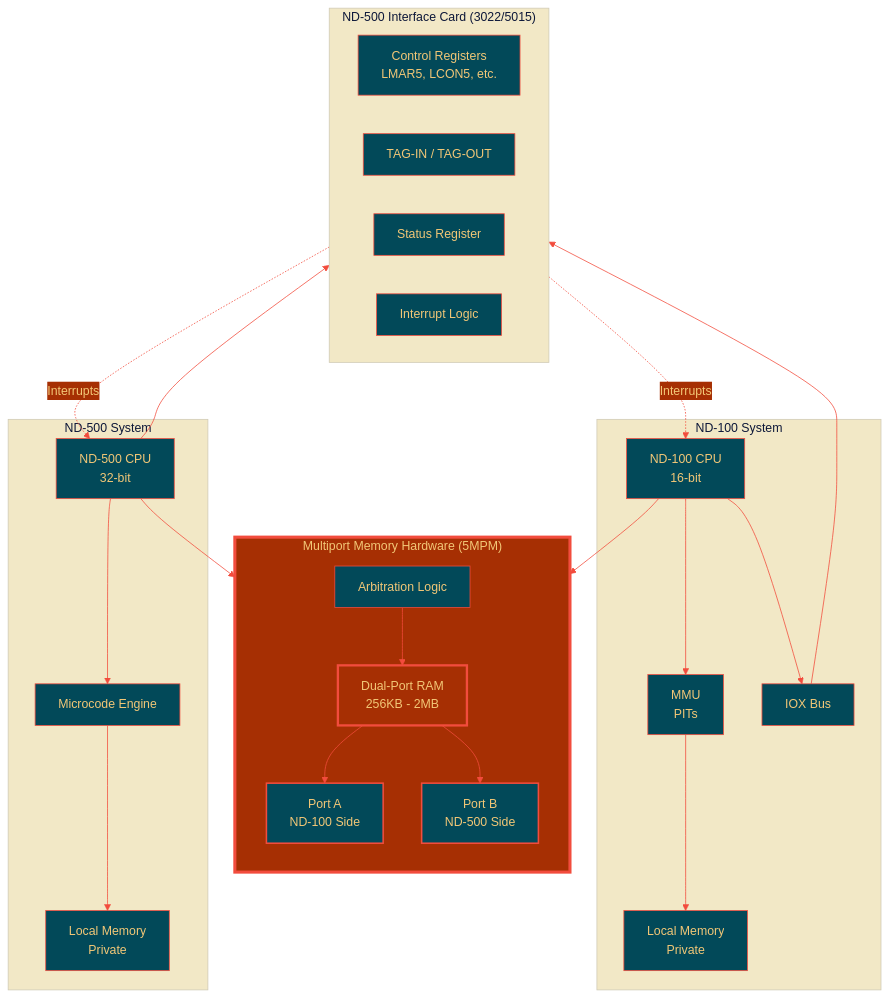
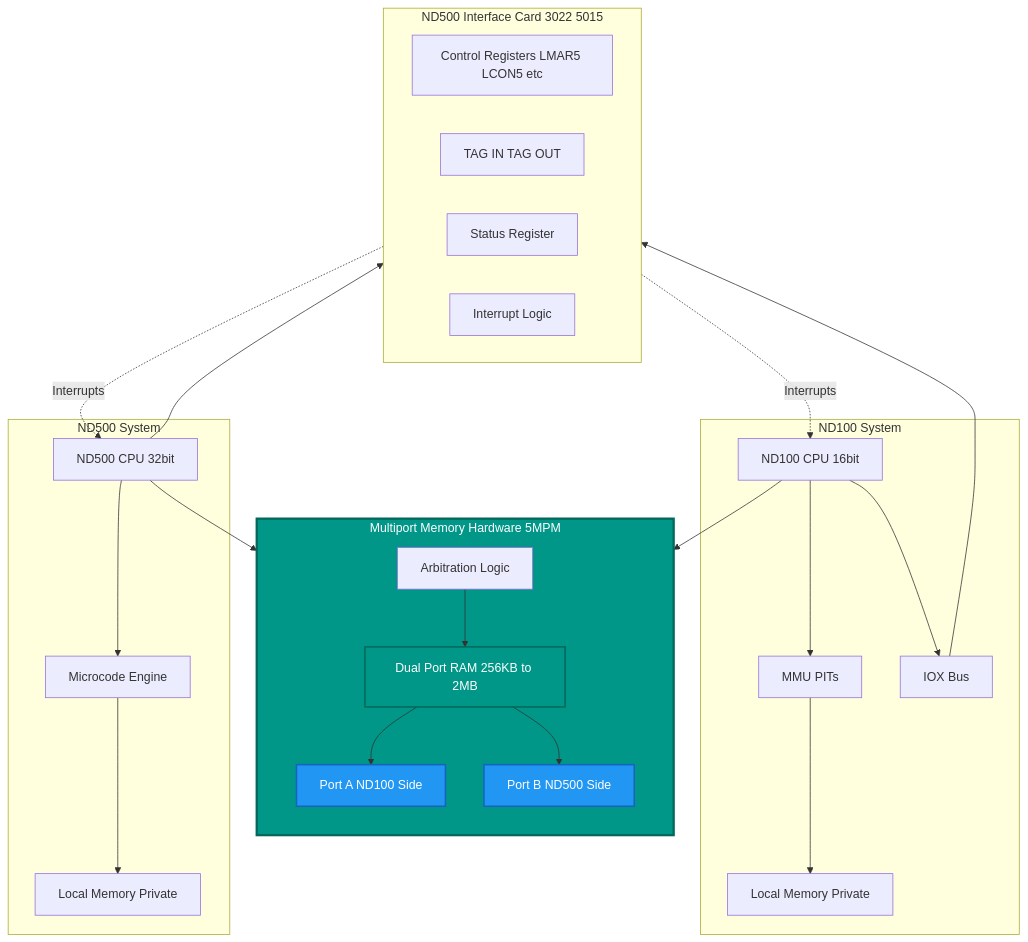
The diagram in SINTRAN/OS/06-MULTIPORT-MEMORY-AND-ND500-COMMUNICATION.md (HackerCorpLabs/NDInsight), drawn with Mermaid before and after one commit. The commit also changed other lines of this file and 19 other files, not shown here.

Commit message:
Updated Mermaid diagrams

````diff
--- a/SINTRAN/OS/06-MULTIPORT-MEMORY-AND-ND500-COMMUNICATION.md
+++ b/SINTRAN/OS/06-MULTIPORT-MEMORY-AND-ND500-COMMUNICATION.md
@@ -183,54 +184,53 @@
 ```mermaid
-%%{init: {'theme':'base', 'themeVariables': {'primaryColor':'#024959','primaryTextColor':'#F2C777','primaryBorderColor':'#F24C3D','lineColor':'#F24C3D','secondaryColor':'#A62F03','tertiaryColor':'#F2E8C6'}}}%%
 flowchart TB
-    subgraph ND100 ["ND-100 System"]
-        CPU100[ND-100 CPU<br/>16-bit]
-        MMU100[MMU<br/>PITs]
-        MEM100[Local Memory<br/>Private]
+    subgraph ND100 [ND100 System]
+        CPU100[ND100 CPU 16bit]
+        MMU100[MMU PITs]
+        MEM100[Local Memory Private]
         IOX100[IOX Bus]
     end
-    
-    subgraph MPM ["Multiport Memory Hardware (5MPM)"]
+
+    subgraph MPM [Multiport Memory Hardware 5MPM]
         direction TB
         ARBITER[Arbitration Logic]
-        RAM[Dual-Port RAM<br/>256KB - 2MB]
-        PORTA[Port A<br/>ND-100 Side]
-        PORTB[Port B<br/>ND-500 Side]
-        
+        RAM[Dual Port RAM 256KB to 2MB]
+        PORTA[Port A ND100 Side]
+        PORTB[Port B ND500 Side]
+
         ARBITER --> RAM
         RAM --> PORTA
         RAM --> PORTB
     end
-    
-    subgraph ND500 ["ND-500 System"]
-        CPU500[ND-500 CPU<br/>32-bit]
-        MEM500[Local Memory<br/>Private]
+
+    subgraph ND500 [ND500 System]
+        CPU500[ND500 CPU 32bit]
+        MEM500[Local Memory Private]
         MICRO500[Microcode Engine]
     end
-    
-    subgraph INTERFACE ["ND-500 Interface Card (3022/5015)"]
-        REGS[Control Registers<br/>LMAR5, LCON5, etc.]
-        TAG[TAG-IN / TAG-OUT]
+
+    subgraph INTERFACE [ND500 Interface Card 3022 5015]
+        REGS[Control Registers LMAR5 LCON5 etc]
+        TAG[TAG IN TAG OUT]
         STATUS[Status Register]
         INT[Interrupt Logic]
     end
-    
+
     CPU100 --> MMU100
     MMU100 --> MEM100
     CPU100 --> IOX100
     IOX100 --> INTERFACE
     CPU100 --> PORTA
-    
+
     CPU500 --> MICRO500
     MICRO500 --> MEM500
     CPU500 --> PORTB
     CPU500 --> INTERFACE
-    
+
     INTERFACE -.Interrupts.-> CPU100
     INTERFACE -.Interrupts.-> CPU500
-    
-    style MPM fill:#A62F03,stroke:#F24C3D,stroke-width:4px,color:#F2C777
-    style RAM fill:#A62F03,stroke:#F24C3D,stroke-width:3px,color:#F2C777
-    style PORTA fill:#024959,stroke:#F24C3D,stroke-width:2px,color:#F2C777
-    style PORTB fill:#024959,stroke:#F24C3D,stroke-width:2px,color:#F2C777
+
+    style MPM fill:#009688,stroke:#00695C,stroke-width:3px,color:#fff
+    style RAM fill:#009688,stroke:#00695C,stroke-width:2px,color:#fff
+    style PORTA fill:#2196F3,stroke:#1565C0,stroke-width:2px,color:#fff
+    style PORTB fill:#2196F3,stroke:#1565C0,stroke-width:2px,color:#fff
 ```
````
